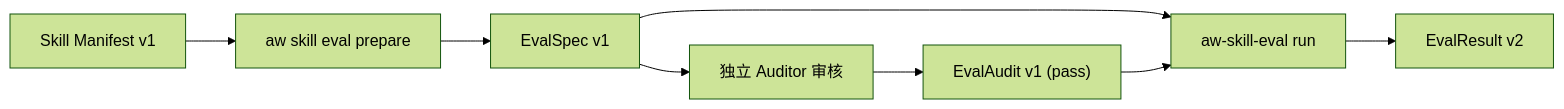
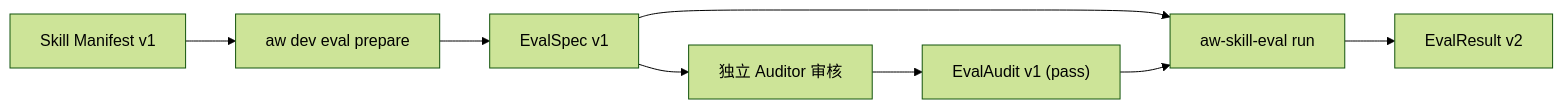
Before and after one commit to lesliechan721-arch/agent-workflow: the diagram in docs/reference/review-and-eval.md, drawn with Mermaid (forest theme). The commit also changed other lines of this file and 208 other files, not shown here.

````diff
--- a/docs/reference/review-and-eval.md
+++ b/docs/reference/review-and-eval.md
@@ -220,10 +226,10 @@
 ```mermaid
 flowchart LR
-    Manifest["Skill Manifest v1"] --> Prepare["aw skill eval prepare"]
+    Manifest["Skill Manifest v1"] --> Prepare["aw dev eval prepare"]
     Prepare --> Spec["EvalSpec v1"]
     Spec --> Audit["独立 Auditor 审核"]
     Audit --> AuditDoc["EvalAudit v1 (pass)"]
     Spec --> Run["aw-skill-eval run"]
     AuditDoc --> Run
     Run --> Result["EvalResult v2"]
 ```
````
